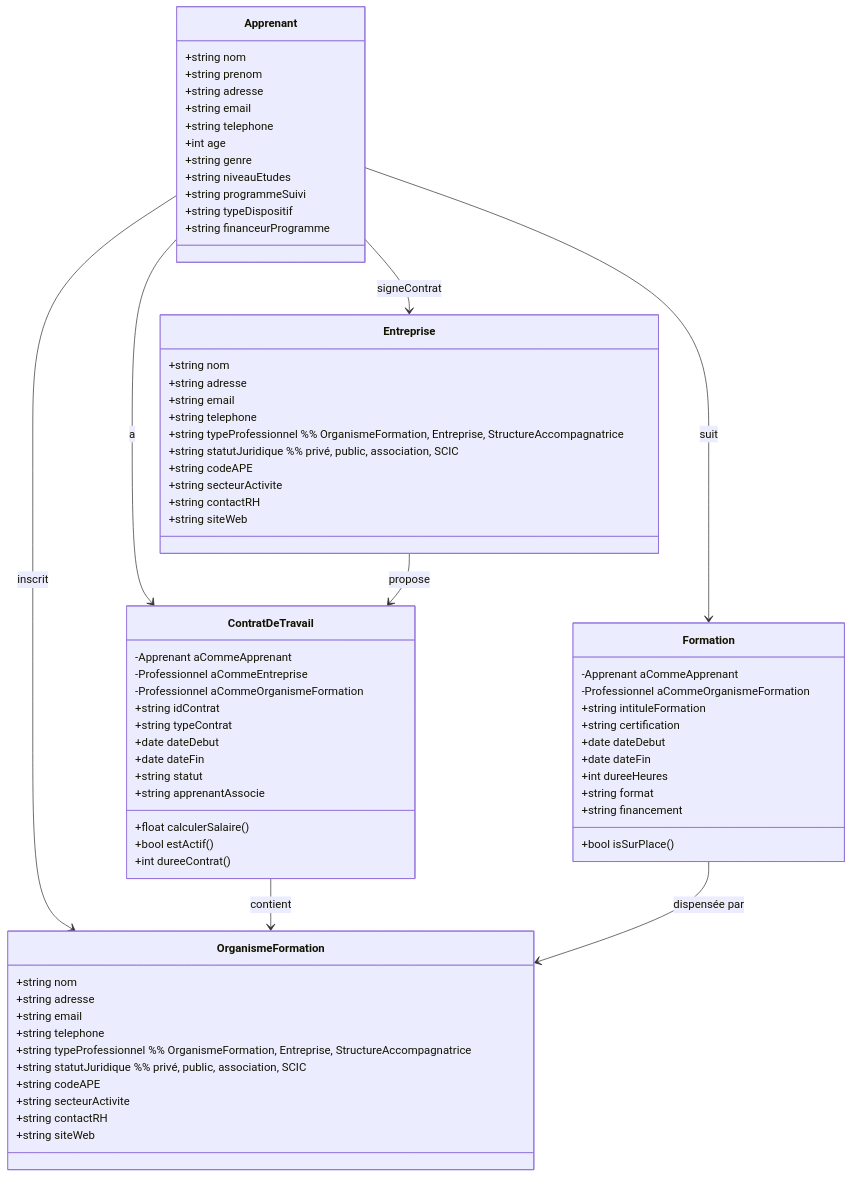
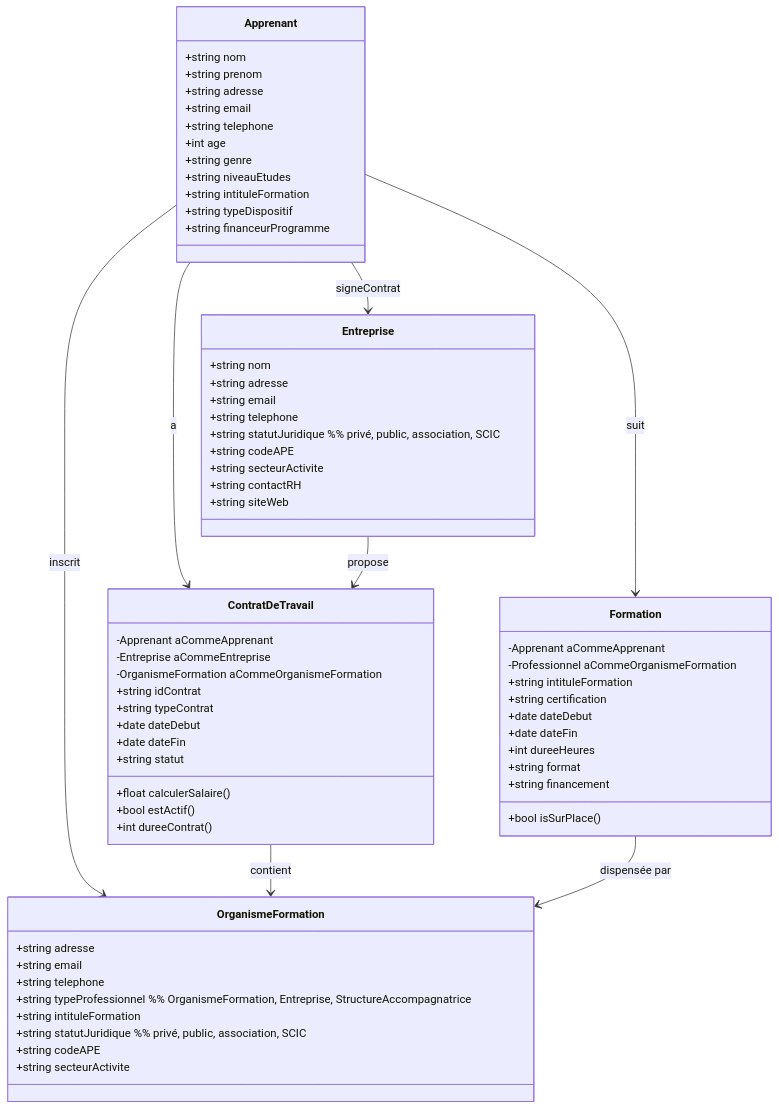
The diagram in acteurs.md (bouzidifatimazohra00-ux/inclusion-numerique-93), drawn with Mermaid before and after one commit.

````diff
--- a/acteurs.md
+++ b/acteurs.md
@@ -1,80 +1,76 @@
 ```mermaid
 classDiagram
 class Apprenant {
   +string nom
   +string prenom
   +string adresse
   +string email
   +string telephone
   +int age
   +string genre
   +string niveauEtudes
-  +string programmeSuivi
+  +string intituleFormation
   +string typeDispositif
   +string financeurProgramme
 }
 
 class OrganismeFormation {
-  +string nom
   +string adresse
   +string email
   +string telephone
   +string typeProfessionnel      %% OrganismeFormation, Entreprise, StructureAccompagnatrice
+  +string intituleFormation    
   +string statutJuridique        %% privé, public, association, SCIC
   +string codeAPE
   +string secteurActivite
-  +string contactRH
-  +string siteWeb
 }
 
 class Entreprise {
   +string nom
   +string adresse
   +string email
   +string telephone
-  +string typeProfessionnel      %% OrganismeFormation, Entreprise, StructureAccompagnatrice
   +string statutJuridique        %% privé, public, association, SCIC
   +string codeAPE
   +string secteurActivite
   +string contactRH
   +string siteWeb
 }
 
 class ContratDeTravail {
   -Apprenant aCommeApprenant
-  -Professionnel aCommeEntreprise
-  -Professionnel aCommeOrganismeFormation
+  -Entreprise aCommeEntreprise
+  -OrganismeFormation aCommeOrganismeFormation
   +string idContrat
   +string typeContrat
   +date dateDebut
   +date dateFin
   +string statut
-  +string apprenantAssocie
   +float calculerSalaire()     
   +bool estActif()
   +int dureeContrat()
 }
 
 class Formation {
   -Apprenant aCommeApprenant
   -Professionnel aCommeOrganismeFormation
   +string intituleFormation
   +string certification
   +date dateDebut
   +date dateFin
   +int dureeHeures
   +string format
   +string financement
   +bool isSurPlace()
 }
 
 %% Relations simplifiées
 Apprenant --> Formation : suit
 Apprenant --> ContratDeTravail : a
 Apprenant --> Entreprise : signeContrat
 Apprenant --> OrganismeFormation : inscrit
 Entreprise --> ContratDeTravail : propose
 ContratDeTravail --> OrganismeFormation : contient
 Formation --> OrganismeFormation : dispensée par
 
 ```
````
